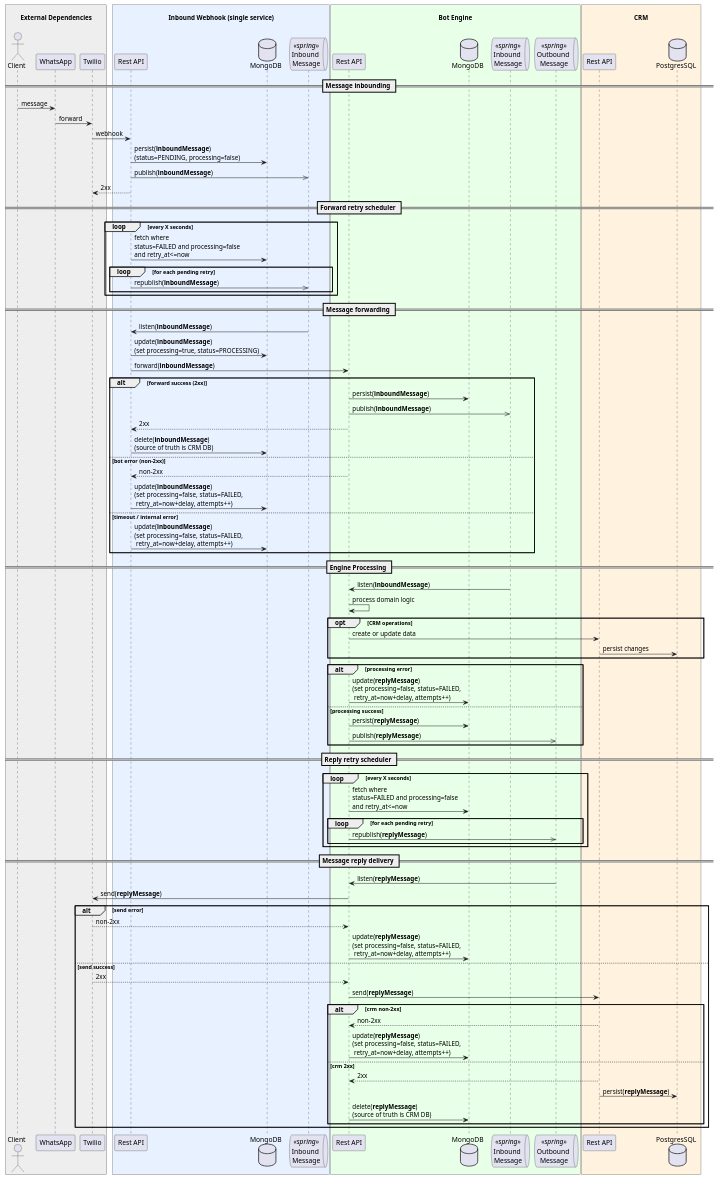
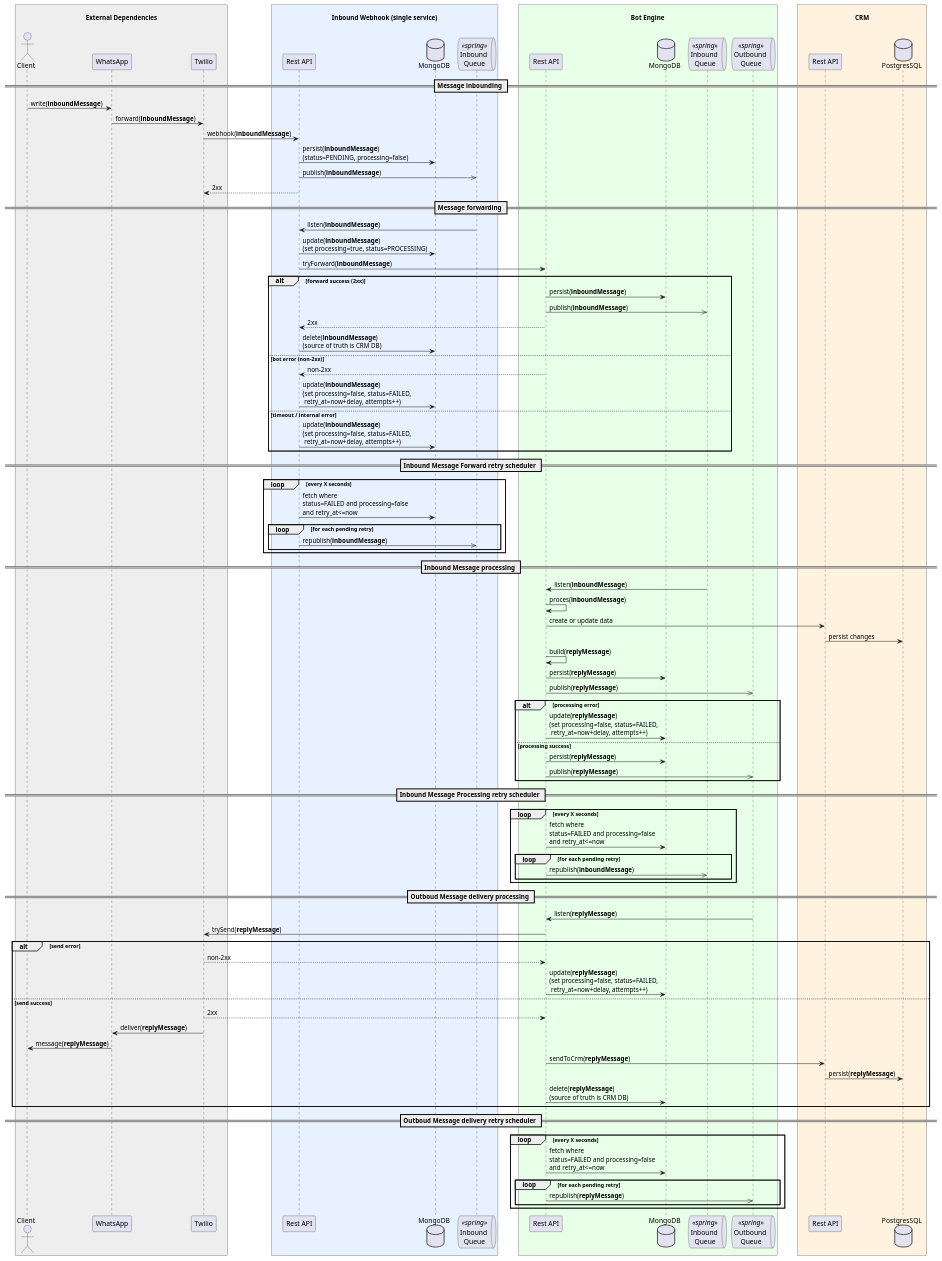
Before and after one commit to luizlab1/crm: the diagram in README.md, drawn with PlantUML. The commit also changed other lines of this file, not shown here.

````diff
--- a/README.md
+++ b/README.md
@@ -17,5 +17,9 @@
 ```plantuml
 @startuml 
+
+skinparam BoxPadding 20
+skinparam ParticipantPadding 20
+
 
 box "\nExternal Dependencies\n" #EEEEEE
   actor Client as client
@@ -26,14 +30,14 @@
 box "\nInbound Webhook (single service)\n" #E8F1FF
   participant "Rest API" as webhookApi
   database "MongoDB" as webhookDb
-  queue "Inbound \nMessage" as inboundQueue <<spring>>
+  queue "Inbound \nQueue" as inboundQueue <<spring>>
 end box
 
 box "\nBot Engine\n" #E8FFE8
   participant "Rest API" as botApi
   database "MongoDB" as botDb
-  queue "Inbound \nMessage" as botInboundQueue <<spring>>
-  queue "Outbound \nMessage" as outboundQueue <<spring>>
+  queue "Inbound \nQueue" as botInboundQueue <<spring>>
+  queue "Outbound \nQueue" as outboundQueue <<spring>>
 end box
 
 box "\nCRM\n" #FFF3E0
@@ -42,27 +46,19 @@
 end box
 
 == Message inbounding ==
-client -> whatsapp : message
-whatsapp -> twilio : forward
-twilio -> webhookApi : webhook
+client -> whatsapp : write(<b>inboundMessage</b>)
+whatsapp -> twilio : forward(<b>inboundMessage</b>)
+twilio -> webhookApi : webhook(<b>inboundMessage</b>)
 
 webhookApi -> webhookDb : persist(<b>inboundMessage</b>)\n(status=PENDING, processing=false)
 webhookApi ->> inboundQueue : publish(<b>inboundMessage</b>)
 webhookApi --> twilio : 2xx
 
-== Forward retry scheduler ==
-loop every X seconds
-  webhookApi -> webhookDb : fetch where\nstatus=FAILED and processing=false\nand retry_at<=now
-  loop for each pending retry
-    webhookApi ->> inboundQueue : republish(<b>inboundMessage</b>)
-  end
-end
-
 == Message forwarding ==
 webhookApi <- inboundQueue : listen(<b>inboundMessage</b>)
 webhookApi -> webhookDb : update(<b>inboundMessage</b>)\n(set processing=true, status=PROCESSING)
 
-webhookApi -> botApi : forward(<b>inboundMessage</b>)
+webhookApi -> botApi : tryForward(<b>inboundMessage</b>)
 
 alt forward success (2xx)
   botApi -> botDb : persist(<b>inboundMessage</b>)
@@ -78,14 +74,23 @@
   webhookApi -> webhookDb : update(<b>inboundMessage</b>)\n(set processing=false, status=FAILED,\n retry_at=now+delay, attempts++)
 end
 
-== Engine Processing ==
+== Inbound Message Forward retry scheduler ==
+loop every X seconds
+  webhookApi -> webhookDb : fetch where\nstatus=FAILED and processing=false\nand retry_at<=now
+  loop for each pending retry
+    webhookApi ->> inboundQueue : republish(<b>inboundMessage</b>)
+  end
+end
+
+== Inbound Message processing ==
 botApi <- botInboundQueue : listen(<b>inboundMessage</b>)
-botApi -> botApi : process domain logic
-
-opt CRM operations
-  botApi -> crmApi : create or update data
-  crmApi -> crmDb : persist changes
-end
+botApi -> botApi : proces(<b>inboundMessage</b>)
+botApi -> crmApi : create or update data
+crmApi -> crmDb : persist changes
+  
+botApi -> botApi : build(<b>replyMessage</b>)
+botApi -> botDb : persist(<b>replyMessage</b>)
+botApi ->> outboundQueue : publish(<b>replyMessage</b>)
 
 alt processing error
   botApi -> botDb : update(<b>replyMessage</b>)\n(set processing=false, status=FAILED,\n retry_at=now+delay, attempts++)
@@ -94,7 +99,33 @@
   botApi ->> outboundQueue : publish(<b>replyMessage</b>)
 end
 
-== Reply retry scheduler ==
+== Inbound Message Processing retry scheduler ==
+loop every X seconds
+  botApi -> botDb : fetch where\nstatus=FAILED and processing=false\nand retry_at<=now
+  loop for each pending retry
+    botApi ->> botInboundQueue : republish(<b>inboundMessage</b>) 
+  end
+end
+
+== Outboud Message delivery processing ==
+botApi <- outboundQueue : listen(<b>replyMessage</b>)
+botApi -> twilio : trySend(<b>replyMessage</b>) 
+
+alt send error
+  twilio --> botApi : non-2xx
+  botApi -> botDb : update(<b>replyMessage</b>)\n(set processing=false, status=FAILED,\n retry_at=now+delay, attempts++)
+
+else send success
+  twilio --> botApi : 2xx
+  twilio -> whatsapp : deliver(<b>replyMessage</b>)
+  whatsapp -> client : message(<b>replyMessage</b>)
+  botApi -> crmApi : sendToCrm(<b>replyMessage</b>) 
+ 
+  crmApi -> crmDb : persist(<b>replyMessage</b>)
+  botApi -> botDb : delete(<b>replyMessage</b>)\n(source of truth is CRM DB)
+end
+
+== Outboud Message delivery retry scheduler ==
 loop every X seconds
   botApi -> botDb : fetch where\nstatus=FAILED and processing=false\nand retry_at<=now
   loop for each pending retry
@@ -102,27 +133,5 @@
   end
 end
 
-== Message reply delivery ==
-botApi <- outboundQueue : listen(<b>replyMessage</b>)
-botApi -> twilio : send(<b>replyMessage</b>)
-
-alt send error
-  twilio --> botApi : non-2xx
-  botApi -> botDb : update(<b>replyMessage</b>)\n(set processing=false, status=FAILED,\n retry_at=now+delay, attempts++)
-
-else send success
-  twilio --> botApi : 2xx
-  botApi -> crmApi : send(<b>replyMessage</b>)
-
-  alt crm non-2xx
-    crmApi --> botApi : non-2xx
-    botApi -> botDb : update(<b>replyMessage</b>)\n(set processing=false, status=FAILED,\n retry_at=now+delay, attempts++)
-  else crm 2xx
-    crmApi --> botApi : 2xx
-    crmApi -> crmDb : persist(<b>replyMessage</b>)
-    botApi -> botDb : delete(<b>replyMessage</b>)\n(source of truth is CRM DB)
-  end
-end
-
 @enduml
 ```
````
